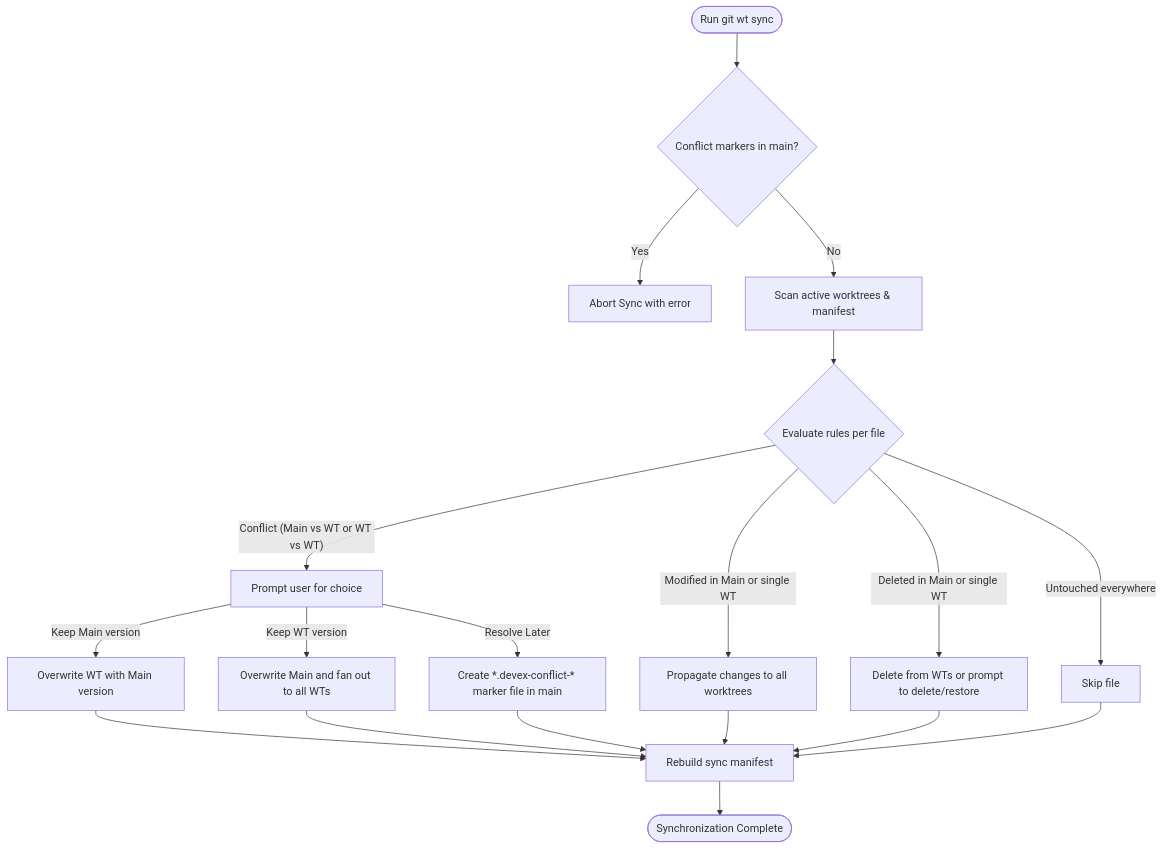
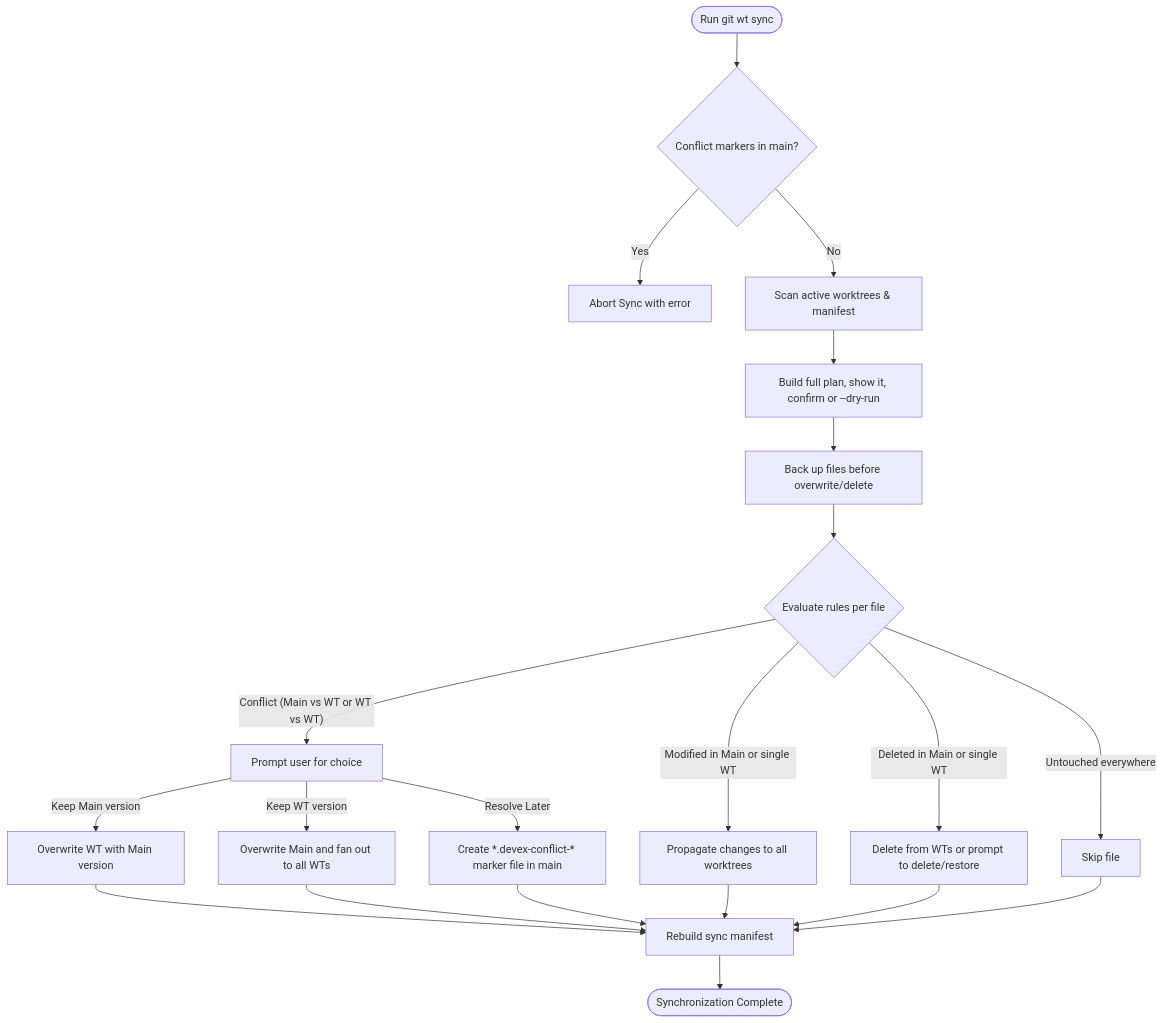
Before and after one commit to mukeshmk/devex-manager: the second of 5 diagrams in workflows.md, drawn with Mermaid. The commit also changed 35 other files, not shown here.

````diff
--- a/workflows.md
+++ b/workflows.md
@@ -51,25 +51,27 @@
 ```mermaid
 flowchart TD
     Run([Run git wt sync]) --> LockCheck{Conflict markers in main?}
     LockCheck -- Yes --> Block[Abort Sync with error]
     LockCheck -- No --> ScanWTs[Scan active worktrees & manifest]
-    ScanWTs --> EvalRules{Evaluate rules per file}
+    ScanWTs --> Plan[Build full plan, show it, confirm or --dry-run]
+    Plan --> Backup[Back up files before overwrite/delete]
+    Backup --> EvalRules{Evaluate rules per file}
     
     EvalRules -- "Untouched everywhere" --> Skip[Skip file]
     EvalRules -- "Modified in Main or single WT" --> SilentlyPropagate[Propagate changes to all worktrees]
     EvalRules -- "Deleted in Main or single WT" --> SilentlyDel[Delete from WTs or prompt to delete/restore]
     EvalRules -- "Conflict (Main vs WT or WT vs WT)" --> PromptUser[Prompt user for choice]
     
     PromptUser -- "Keep Main version" --> OverwriteWT[Overwrite WT with Main version]
     PromptUser -- "Keep WT version" --> OverwriteMain[Overwrite Main and fan out to all WTs]
     PromptUser -- "Resolve Later" --> ConflictMarkers[Create *.devex-conflict-* marker file in main]
     
     OverwriteWT --> RebuildManifest[Rebuild sync manifest]
     OverwriteMain --> RebuildManifest
     ConflictMarkers --> RebuildManifest
     SilentlyPropagate --> RebuildManifest
     SilentlyDel --> RebuildManifest
     Skip --> RebuildManifest
     
     RebuildManifest --> End([Synchronization Complete])
 ```
````
